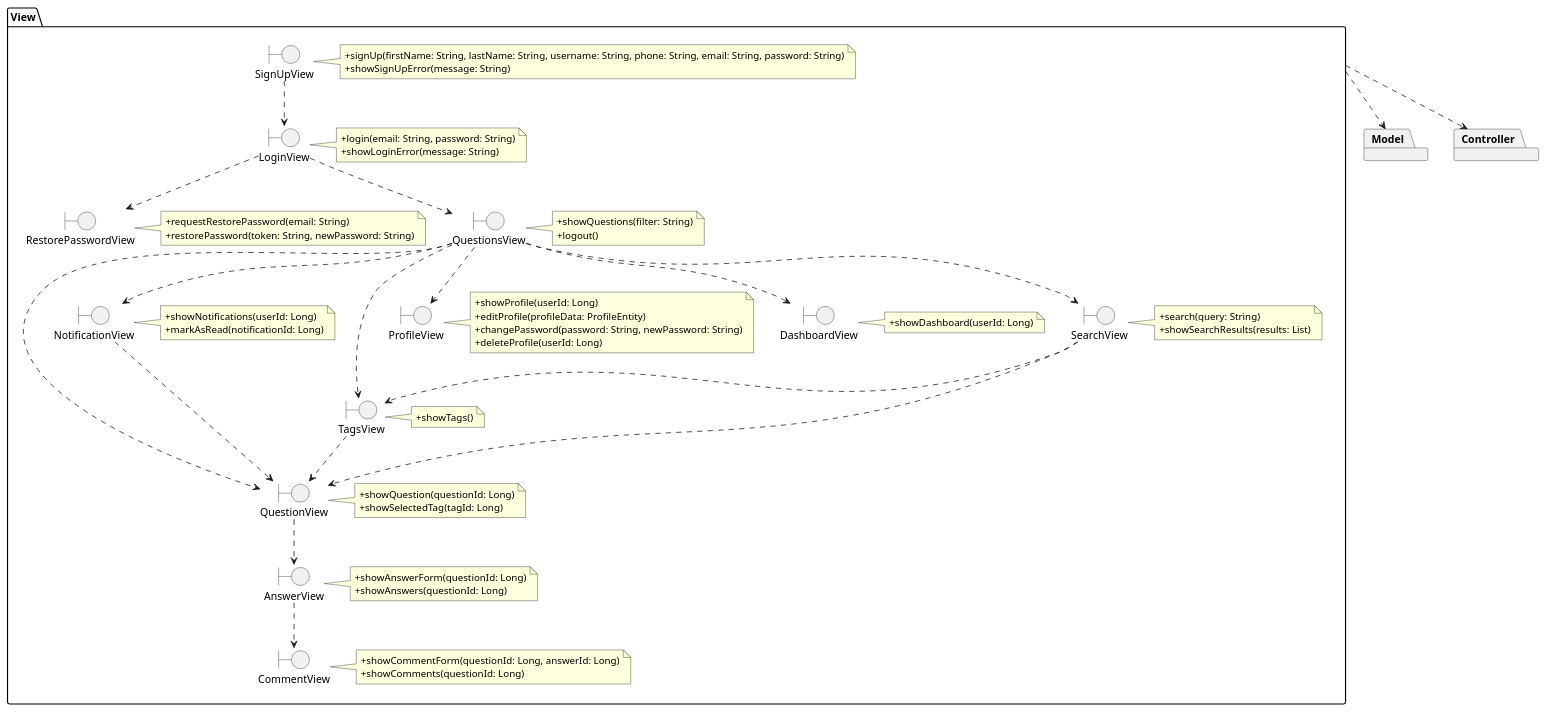
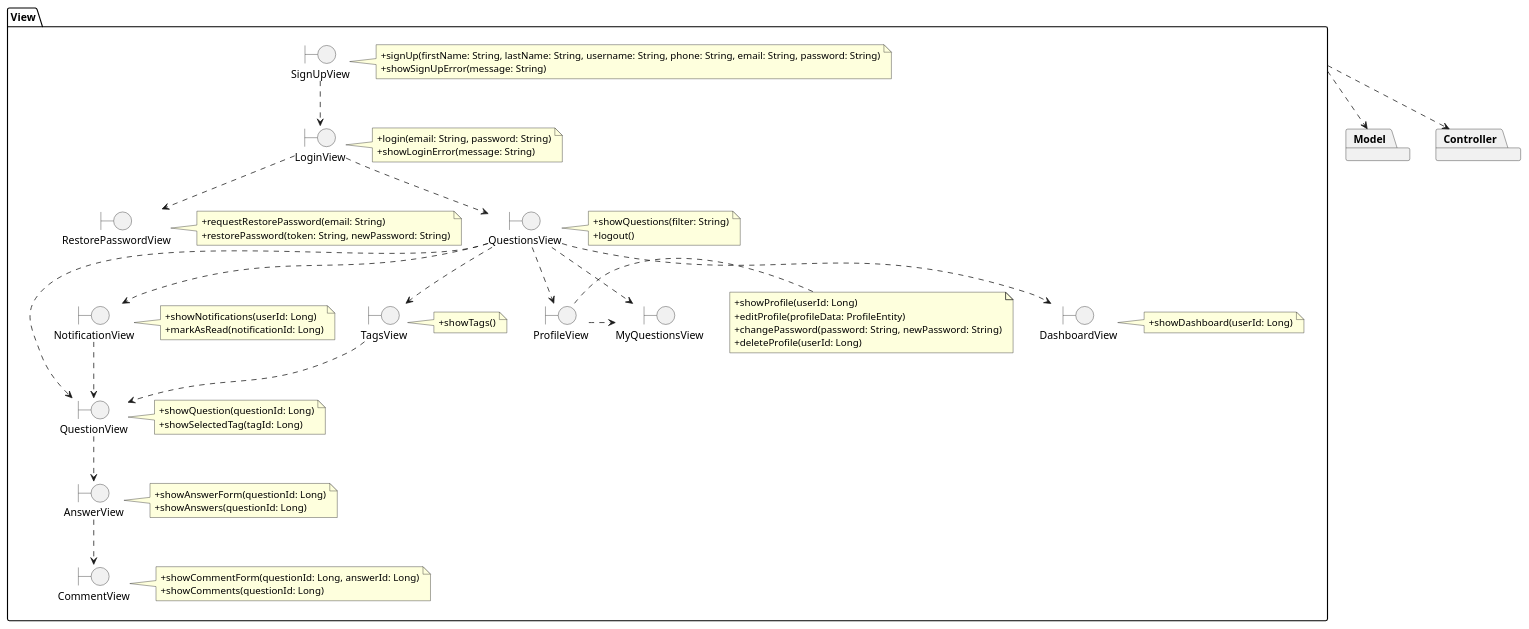
One commit to rafaelacirino/miw-backend-foro changed the diagram in src/main/resources/templates/logic/packageView.puml. Above: the diagram before and after it, drawn with PlantUML.

Commit message:
update view package diagram

```diff
--- a/src/main/resources/templates/logic/packageView.puml
+++ b/src/main/resources/templates/logic/packageView.puml
@@ -1,103 +1,98 @@
 @startuml
 
 package Model {
 }
 
 package Controller {
 }
 
 View .down.> Controller
 View .down.> Model
 
 package View {
     boundary SignUpView
         note right of SignUpView
             +signUp(firstName: String, lastName: String, username: String, phone: String, email: String, password: String)
             +showSignUpError(message: String)
         end note
 
     boundary LoginView
     note right of LoginView
         +login(email: String, password: String)
         +showLoginError(message: String)
     end note
 
     boundary RestorePasswordView
     note right of RestorePasswordView
         +requestRestorePassword(email: String)
         +restorePassword(token: String, newPassword: String)
     end note
 
     boundary QuestionsView
     note right of QuestionsView
         +showQuestions(filter: String)
         +logout()
     end note
+
+    boundary MyQuestionsView
 
     boundary QuestionView
     note right of QuestionView
         +showQuestion(questionId: Long)
         +showSelectedTag(tagId: Long)
     end note
 
     boundary AnswerView
     note right of AnswerView
         +showAnswerForm(questionId: Long)
         +showAnswers(questionId: Long)
     end note
 
     boundary CommentView
     note right of CommentView
         +showCommentForm(questionId: Long, answerId: Long)
         +showComments(questionId: Long)
     end note
 
     boundary NotificationView
     note right of NotificationView
         +showNotifications(userId: Long)
         +markAsRead(notificationId: Long)
     end note
 
     boundary TagsView
     note right of TagsView
         +showTags()
     end note
 
     boundary ProfileView
     note right of ProfileView
         +showProfile(userId: Long)
         +editProfile(profileData: ProfileEntity)
         +changePassword(password: String, newPassword: String)
         +deleteProfile(userId: Long)
     end note
 
     boundary DashboardView
     note right of DashboardView
         +showDashboard(userId: Long)
     end note
 
-    boundary SearchView
-    note right of SearchView
-        +search(query: String)
-        +showSearchResults(results: List)
-    end note
-
     SignUpView ..> LoginView
     LoginView ..> QuestionsView
     LoginView ..> RestorePasswordView
     QuestionsView ..> QuestionView
     QuestionsView ..> NotificationView
     QuestionsView ..> TagsView
     QuestionsView ..> ProfileView
     QuestionsView ..> DashboardView
     QuestionView ..> AnswerView
     AnswerView ..> CommentView
     NotificationView ..> QuestionView
     TagsView ..> QuestionView
-    QuestionsView ..> SearchView
-    SearchView ..> TagsView
-    SearchView ..> QuestionView
+    QuestionsView .right.> MyQuestionsView
+    ProfileView .right.> MyQuestionsView
 
 }
 
 @enduml
```
